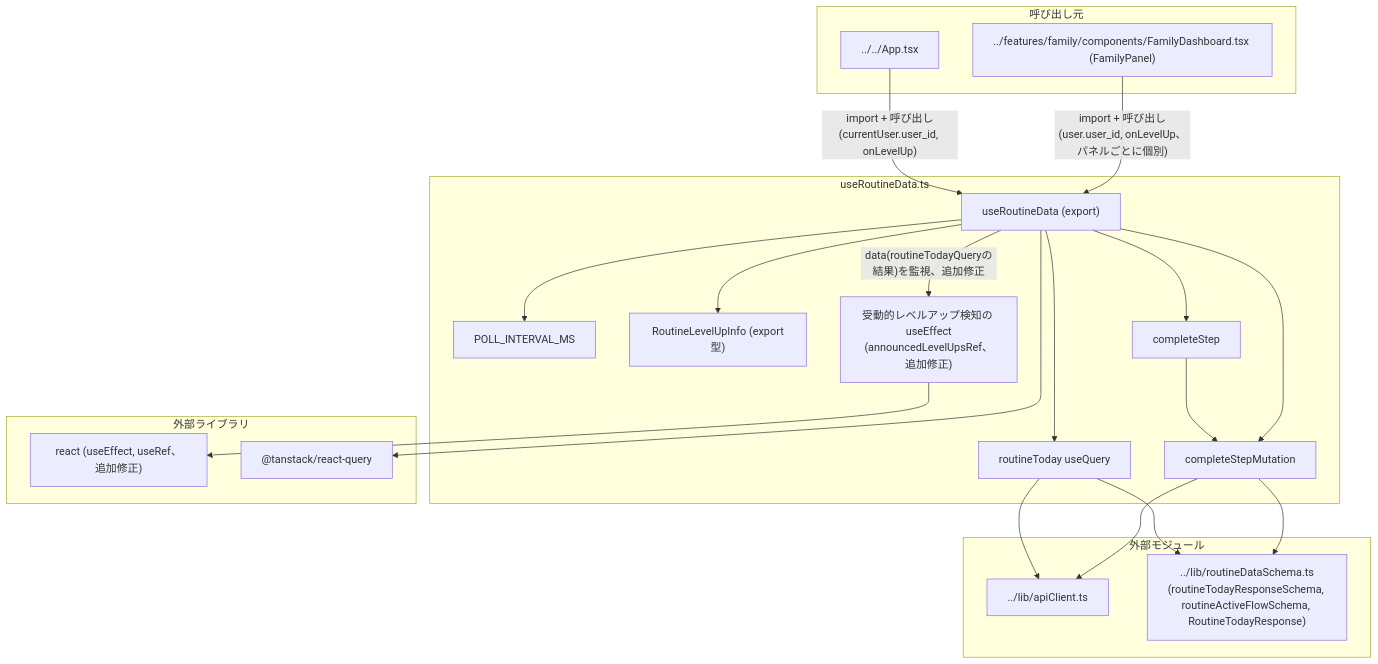
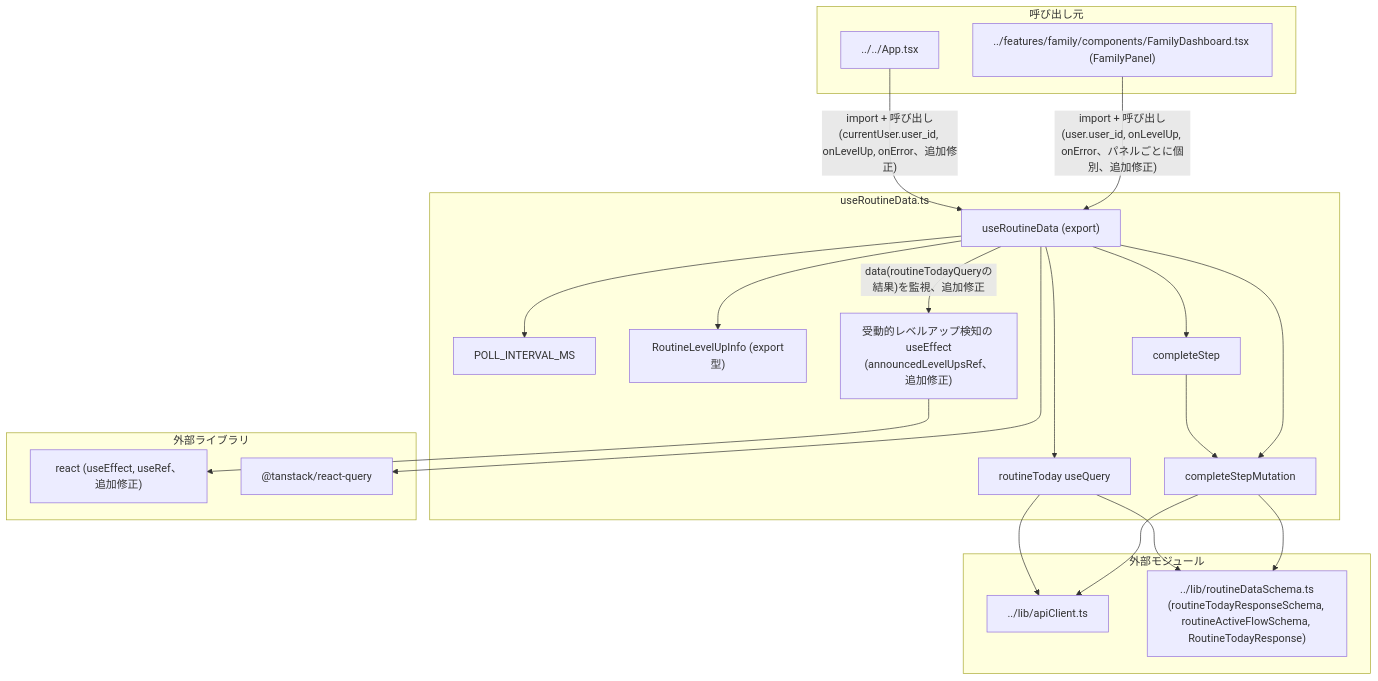
One commit to mmtigers/my_python_project changed the second of 2 diagrams in docs/specifications/family-quest/src/hooks/useRoutineData.md. Above: the diagram before and after it, drawn with Mermaid. The commit also changed other lines of this file and 8 other files, not shown here.

````diff
--- a/docs/specifications/family-quest/src/hooks/useRoutineData.md
+++ b/docs/specifications/family-quest/src/hooks/useRoutineData.md
@@ -181,44 +183,44 @@
 ```mermaid
 graph TD
     subgraph "useRoutineData.ts"
         POLL_INTERVAL_MS
         RoutineLevelUpInfo["RoutineLevelUpInfo (export型)"]
         useRoutineData["useRoutineData (export)"]
         routineTodayQuery["routineToday useQuery"]
         LevelUpEffect["受動的レベルアップ検知の useEffect\n(announcedLevelUpsRef、追加修正)"]
         completeStepMutation
         completeStep
     end
 
     subgraph "外部ライブラリ"
         React["react (useEffect, useRef、追加修正)"]
         ReactQuery["@tanstack/react-query"]
     end
 
     subgraph "外部モジュール"
         apiClient["../lib/apiClient.ts"]
         routineDataSchema["../lib/routineDataSchema.ts\n(routineTodayResponseSchema, routineActiveFlowSchema, RoutineTodayResponse)"]
     end
 
     subgraph "呼び出し元"
         App["../../App.tsx"]
         FamilyDashboard["../features/family/components/FamilyDashboard.tsx (FamilyPanel)"]
     end
 
     useRoutineData --> ReactQuery
     LevelUpEffect --> React
     routineTodayQuery --> apiClient
     routineTodayQuery --> routineDataSchema
     completeStepMutation --> apiClient
     completeStepMutation --> routineDataSchema
     completeStep --> completeStepMutation
     useRoutineData --> routineTodayQuery
     useRoutineData -->|"data(routineTodayQueryの結果)を監視、追加修正"| LevelUpEffect
     useRoutineData --> completeStepMutation
     useRoutineData --> completeStep
     useRoutineData --> POLL_INTERVAL_MS
     useRoutineData --> RoutineLevelUpInfo
 
-    App -->|"import + 呼び出し(currentUser.user_id, onLevelUp)"| useRoutineData
-    FamilyDashboard -->|"import + 呼び出し(user.user_id, onLevelUp、パネルごとに個別)"| useRoutineData
+    App -->|"import + 呼び出し(currentUser.user_id, onLevelUp, onError、追加修正)"| useRoutineData
+    FamilyDashboard -->|"import + 呼び出し(user.user_id, onLevelUp, onError、パネルごとに個別、追加修正)"| useRoutineData
 ```
````
